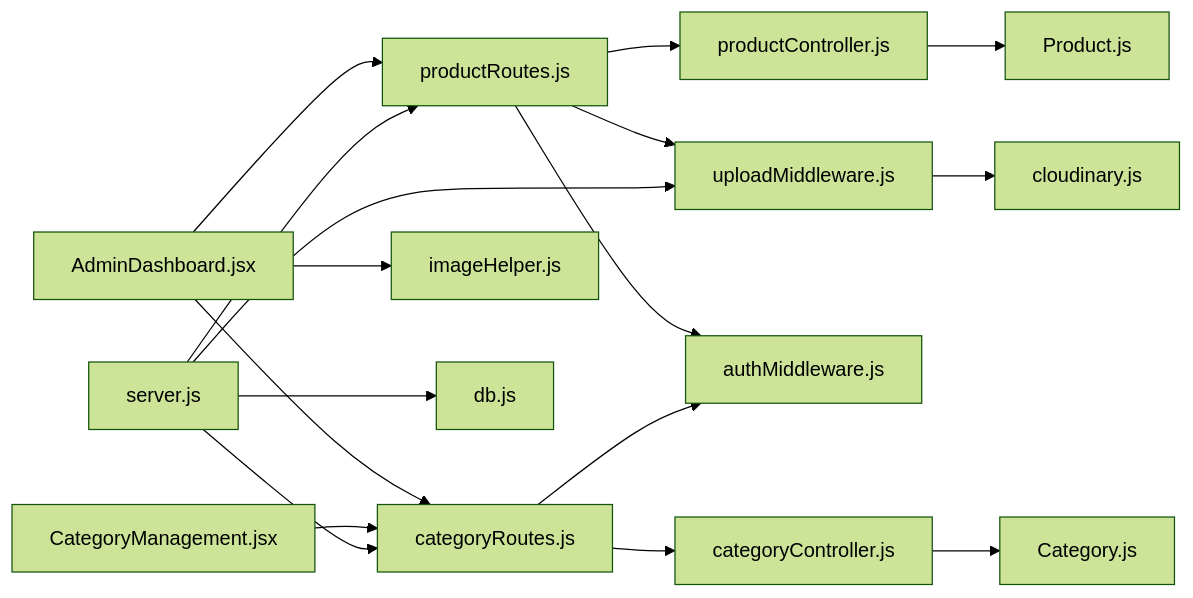
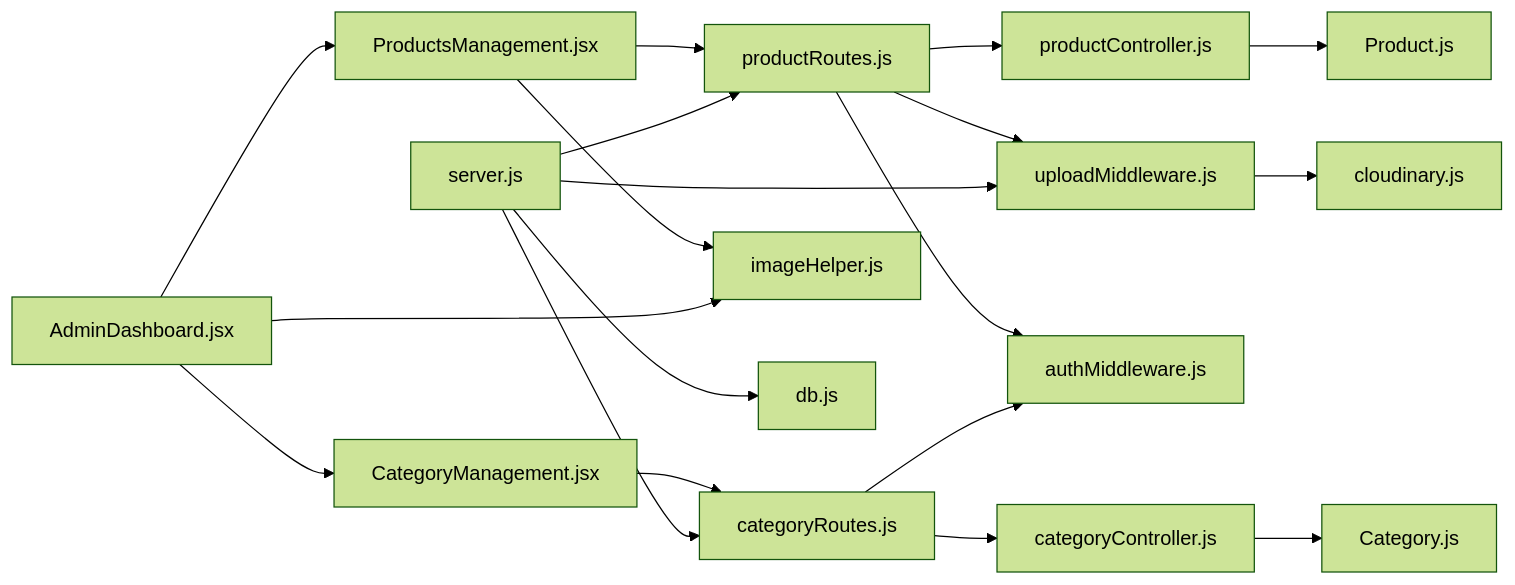
Diagram 15 of 15 in .qoder/repowiki/en/content/Admin Dashboard/Product Administration/Product Administration.md (Pavan-PSPK9032/TrendsandToss), drawn with Mermaid (forest theme) before and after one commit. The commit also changed other lines of this file and 24 other files, not shown here.

````diff
--- a/.qoder/repowiki/en/content/Admin Dashboard/Product Administration/Product Administration.md
+++ b/.qoder/repowiki/en/content/Admin Dashboard/Product Administration/Product Administration.md
@@ -539,19 +597,21 @@
 ```mermaid
 graph LR
-ProdRoutes["productRoutes.js"] --> ProdController["productController.js"]
-CatRoutes["categoryRoutes.js"] --> CatController["categoryController.js"]
-ProdController --> ProductModel["Product.js"]
-CatController --> CategoryModel["Category.js"]
-ProdRoutes --> Auth["authMiddleware.js"]
-CatRoutes --> Auth
-ProdRoutes --> Upload["uploadMiddleware.js"]
+AdminDashboard["AdminDashboard.jsx"] --> ProductsManagement["ProductsManagement.jsx"]
+AdminDashboard --> CategoryManagement["CategoryManagement.jsx"]
+ProductsManagement --> ProductRoutes["productRoutes.js"]
+CategoryManagement --> CategoryRoutes["categoryRoutes.js"]
+ProductRoutes --> ProductController["productController.js"]
+CategoryRoutes --> CategoryController["categoryController.js"]
+ProductController --> ProductModel["Product.js"]
+CategoryController --> CategoryModel["Category.js"]
+ProductRoutes --> Auth["authMiddleware.js"]
+CategoryRoutes --> Auth
+ProductRoutes --> Upload["uploadMiddleware.js"]
 Upload --> Cloudinary["cloudinary.js"]
-AdminUI["AdminDashboard.jsx"] --> ProdRoutes
-AdminUI --> CatRoutes
-AdminUI --> ImgHelper["imageHelper.js"]
-CatUI["CategoryManagement.jsx"] --> CatRoutes
-Server["server.js"] --> ProdRoutes
-Server --> CatRoutes
+ProductsManagement --> ImgHelper["imageHelper.js"]
+AdminDashboard --> ImgHelper
+Server["server.js"] --> ProductRoutes
+Server --> CategoryRoutes
 Server --> DB["db.js"]
 Server --> Upload
 ```
````
